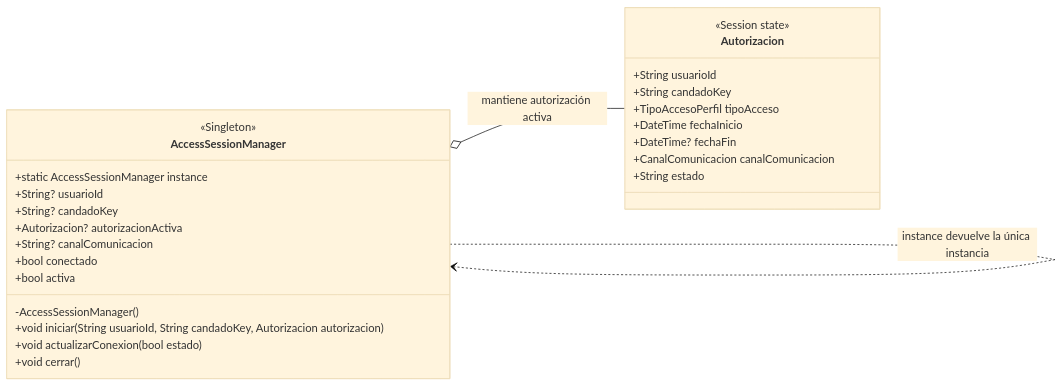
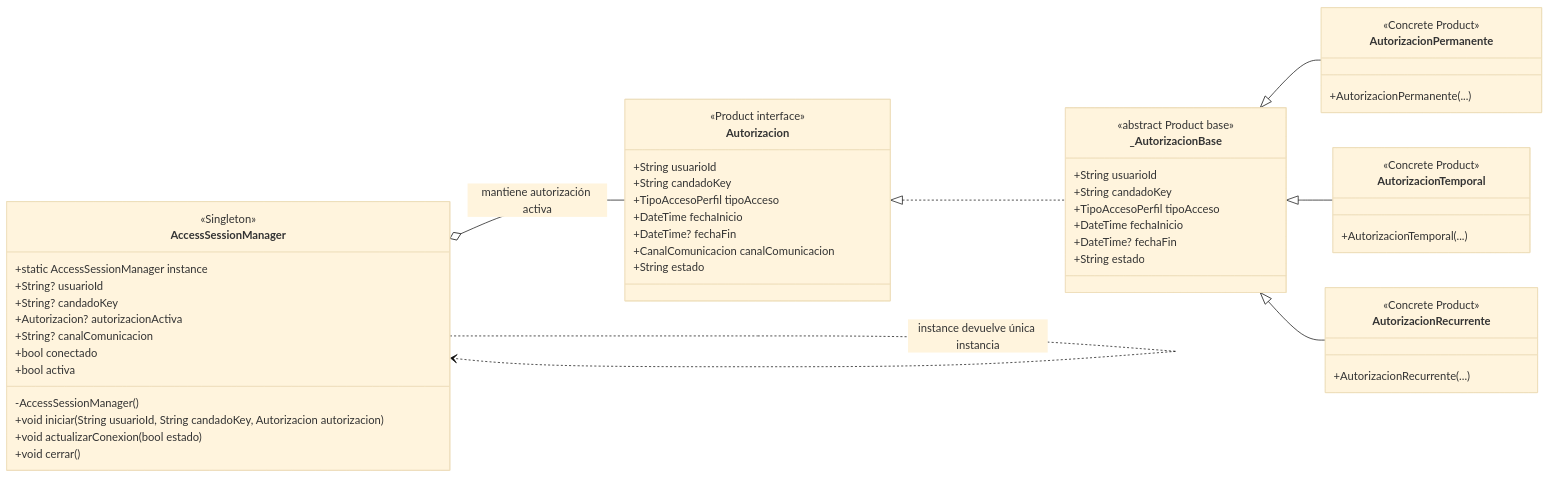
One commit to ktncharris018/ekeyless-supabase changed the diagram in diagramas patrones creacionales/05-singleton.md. Above: the diagram before and after it, drawn with Mermaid (base theme). The commit also changed other lines of this file and 3 other files, not shown here.

Commit message:
docs: actualizar diagramas de patrones creacionales

````diff
--- a/diagramas patrones creacionales/05-singleton.md
+++ b/diagramas patrones creacionales/05-singleton.md
@@ -7,33 +7,62 @@
 ```mermaid
 classDiagram
     direction LR
 
     class AccessSessionManager {
         <<Singleton>>
         -AccessSessionManager()
         +static AccessSessionManager instance
         +String? usuarioId
         +String? candadoKey
         +Autorizacion? autorizacionActiva
         +String? canalComunicacion
         +bool conectado
         +bool activa
         +void iniciar(String usuarioId, String candadoKey, Autorizacion autorizacion)
         +void actualizarConexion(bool estado)
         +void cerrar()
     }
 
     class Autorizacion {
-        <<Session state>>
+        <<Product interface>>
         +String usuarioId
         +String candadoKey
         +TipoAccesoPerfil tipoAcceso
         +DateTime fechaInicio
         +DateTime? fechaFin
         +CanalComunicacion canalComunicacion
         +String estado
     }
 
+    class _AutorizacionBase {
+        <<abstract Product base>>
+        +String usuarioId
+        +String candadoKey
+        +TipoAccesoPerfil tipoAcceso
+        +DateTime fechaInicio
+        +DateTime? fechaFin
+        +String estado
+    }
+
+    class AutorizacionPermanente {
+        <<Concrete Product>>
+        +AutorizacionPermanente(...)
+    }
+
+    class AutorizacionTemporal {
+        <<Concrete Product>>
+        +AutorizacionTemporal(...)
+    }
+
+    class AutorizacionRecurrente {
+        <<Concrete Product>>
+        +AutorizacionRecurrente(...)
+    }
+
+    Autorizacion <|.. _AutorizacionBase
+    _AutorizacionBase <|-- AutorizacionPermanente
+    _AutorizacionBase <|-- AutorizacionTemporal
+    _AutorizacionBase <|-- AutorizacionRecurrente
     AccessSessionManager o-- Autorizacion : mantiene autorización activa
-    AccessSessionManager ..> AccessSessionManager : instance devuelve la única instancia
+    AccessSessionManager ..> AccessSessionManager : instance devuelve única instancia
 ```
````
